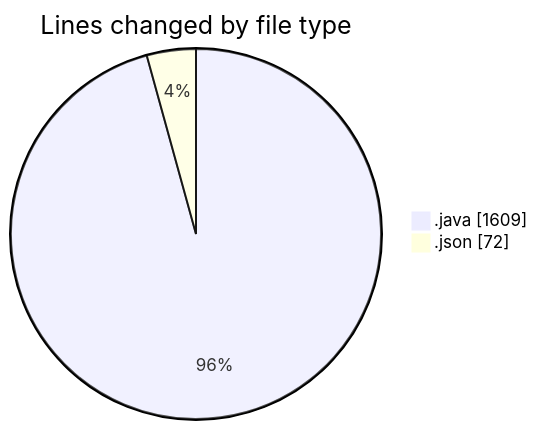
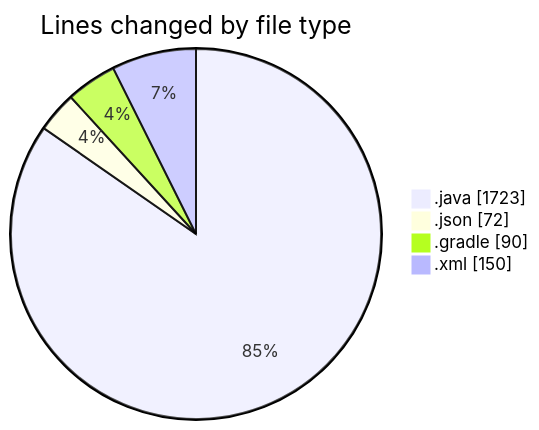
Before and after one commit to charlie-sans/code-tracking: the first of 2 diagrams in 2025-02-22/micros/README.md, drawn with Mermaid. The commit also changed other lines of this file and 1 other file, not shown here.

````diff
--- a/2025-02-22/micros/README.md
+++ b/2025-02-22/micros/README.md
@@ -27,6 +31,8 @@
 ```mermaid
 pie showData
 title Lines changed by file type
-".java" : 1609
+".java" : 1723
 ".json" : 72
+".gradle" : 90
+".xml" : 150
 ```
````
